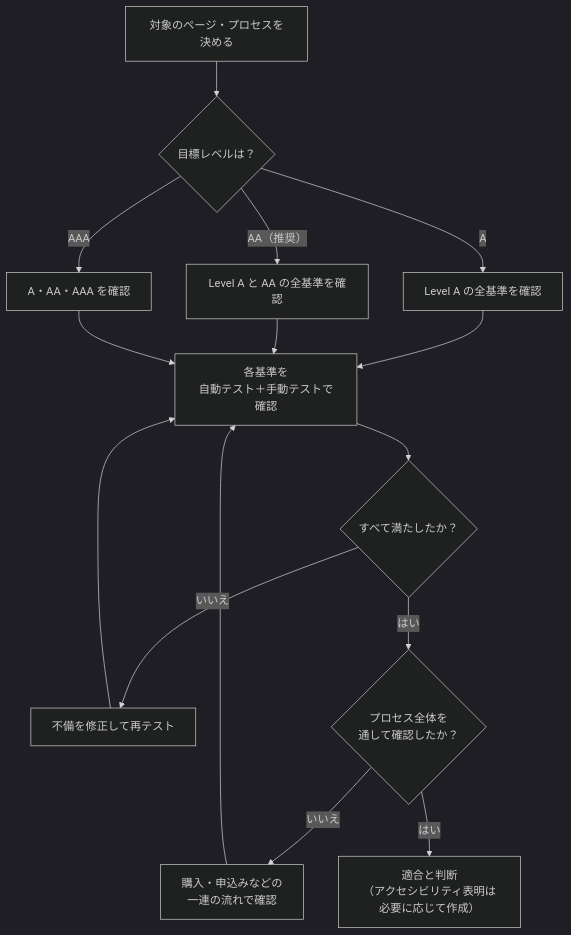
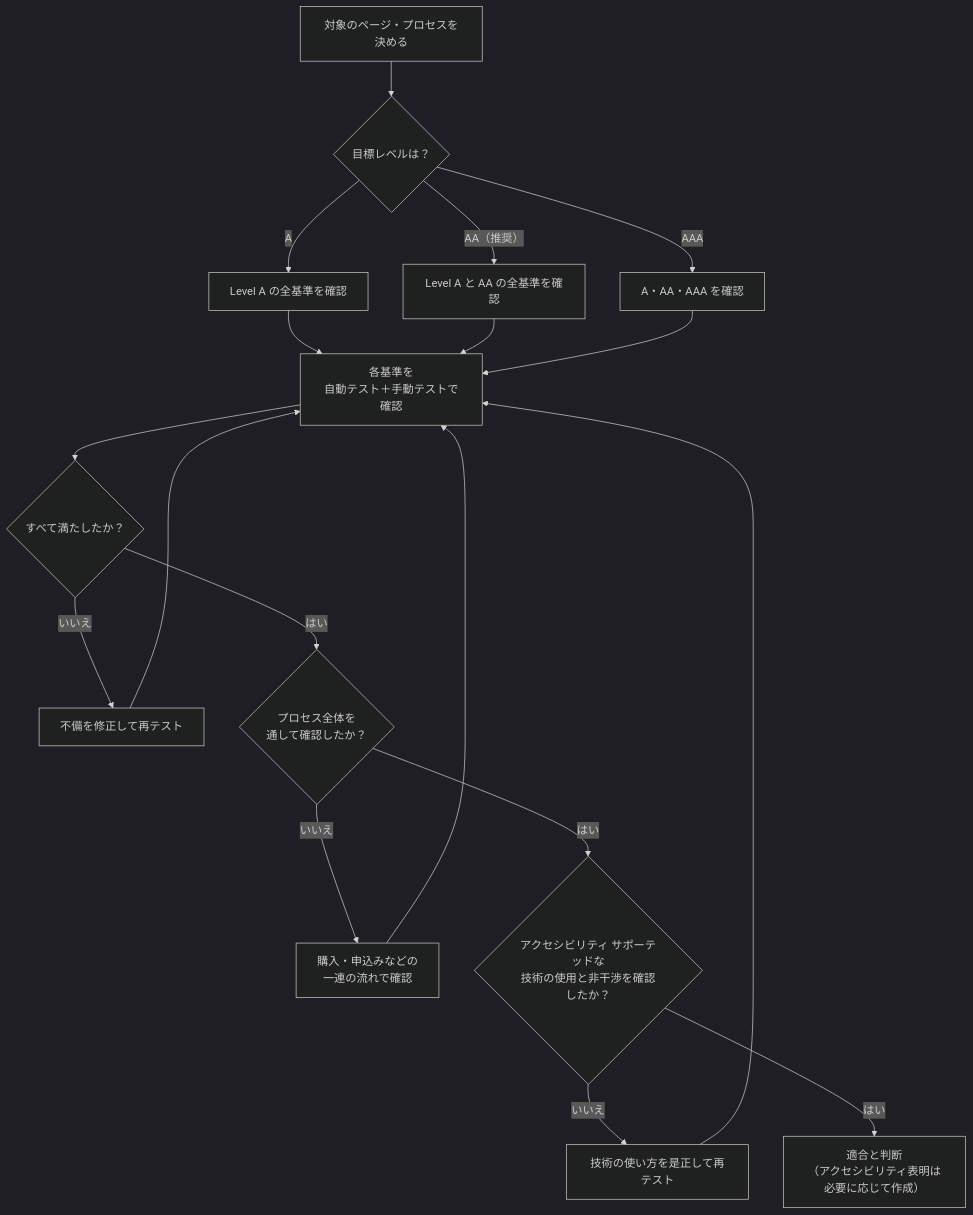
The sixth of 9 diagrams in Iso-iec-40500-2025-guide.md (myoshi2891/Quality-Assurance-Studies), drawn with Mermaid (dark theme) before and after one commit. The commit also changed other lines of this file, not shown here.

Commit message:
docs(iso-40500): end the WCAG hierarchy at success criteria and check accessibility support and non-interference before conformance

````diff
--- a/Iso-iec-40500-2025-guide.md
+++ b/Iso-iec-40500-2025-guide.md
@@ -356,17 +356,20 @@
 ```mermaid
 flowchart TD
     Start["対象のページ・プロセスを決める"] --> Q1{"目標レベルは？"}
     Q1 -->|"A"| LA["Level A の全基準を確認"]
     Q1 -->|"AA（推奨）"| LAA["Level A と AA の全基準を確認"]
     Q1 -->|"AAA"| LAAA["A・AA・AAA を確認"]
     LA --> T["各基準を<br/>自動テスト＋手動テストで確認"]
     LAA --> T
     LAAA --> T
     T --> Q2{"すべて満たしたか？"}
     Q2 -->|"いいえ"| Fix["不備を修正して再テスト"]
     Fix --> T
     Q2 -->|"はい"| Q3{"プロセス全体を<br/>通して確認したか？"}
     Q3 -->|"いいえ"| Flow["購入・申込みなどの<br/>一連の流れで確認"]
     Flow --> T
-    Q3 -->|"はい"| Done["適合と判断<br/>（アクセシビリティ表明は必要に応じて作成）"]
+    Q3 -->|"はい"| Q4{"アクセシビリティ サポーテッドな<br/>技術の使用と非干渉を確認したか？"}
+    Q4 -->|"いいえ"| Remedy["技術の使い方を是正して再テスト"]
+    Remedy --> T
+    Q4 -->|"はい"| Done["適合と判断<br/>（アクセシビリティ表明は必要に応じて作成）"]
 ```
````
